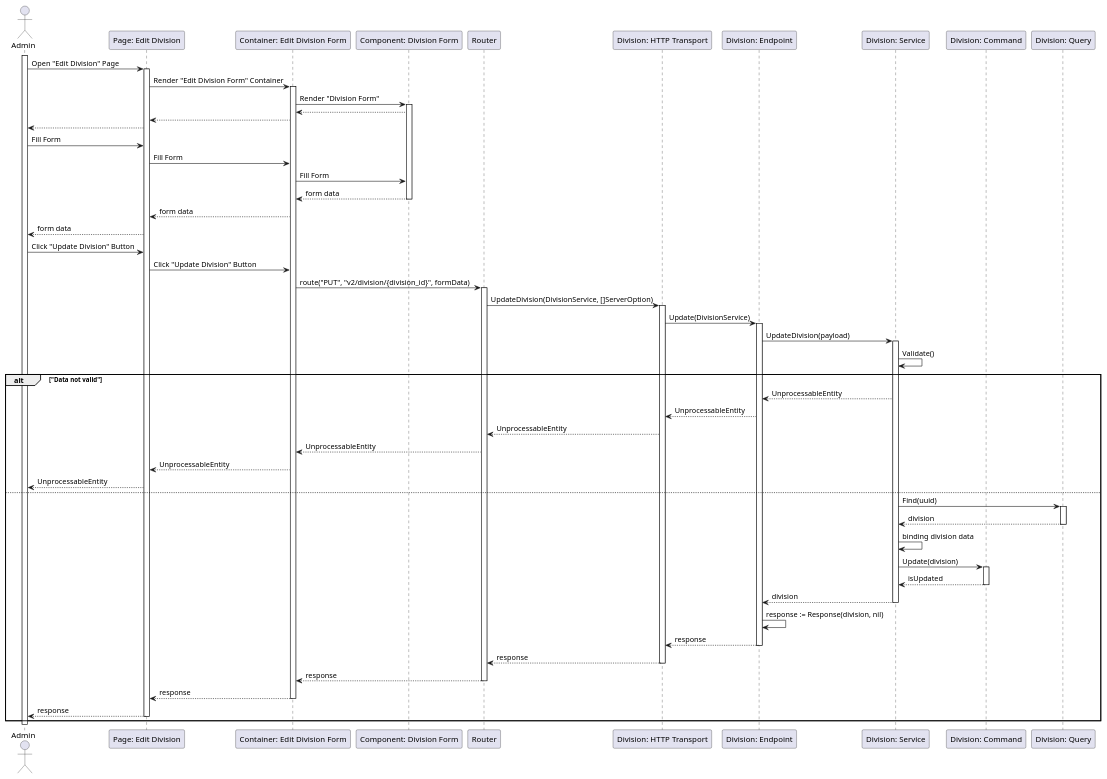
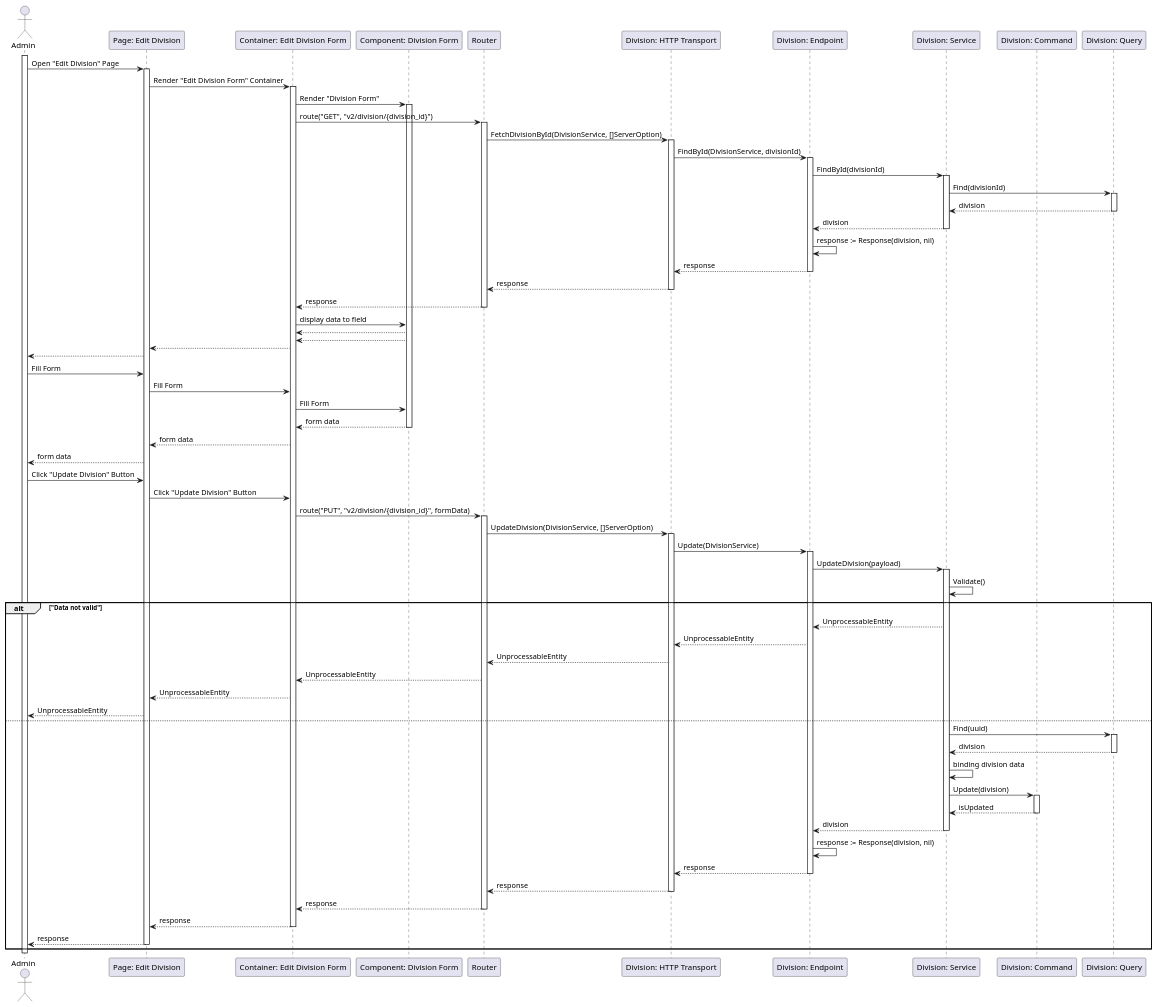
Before and after one commit to fwidjaya20/fazzlearning-uml: the diagram in Sequance/Release01/UpdateDivision.wsd, drawn with PlantUML. The commit also changed 6 other files, not shown here.

```diff
--- a/Sequance/Release01/UpdateDivision.wsd
+++ b/Sequance/Release01/UpdateDivision.wsd
@@ -1,80 +1,103 @@
 @startuml UpdateDivision
 
 actor Admin
 participant "Page: Edit Division" as EditDivisionPage
 participant "Container: Edit Division Form" as EditDivisionFormContainer
 participant "Component: Division Form" as DivisionForm
 participant "Router" as Router
 participant "Division: HTTP Transport" as DivisionHTTPTransport
 participant "Division: Endpoint" as DivisionEndpoint
 participant "Division: Service" as DivisionService
 participant "Division: Command" as DivisionCommand
 participant "Division: Query" as DivisionQuery
 
 activate Admin
 
 Admin->EditDivisionPage: Open "Edit Division" Page
 activate EditDivisionPage
 EditDivisionPage->EditDivisionFormContainer: Render "Edit Division Form" Container
 activate EditDivisionFormContainer
 EditDivisionFormContainer->DivisionForm: Render "Division Form"
 activate DivisionForm
+EditDivisionFormContainer->Router: route("GET", "v2/division/{division_id}")
+activate Router
+Router->DivisionHTTPTransport: FetchDivisionById(DivisionService, []ServerOption)
+activate DivisionHTTPTransport
+DivisionHTTPTransport->DivisionEndpoint: FindById(DivisionService, divisionId)
+activate DivisionEndpoint
+DivisionEndpoint->DivisionService: FindById(divisionId)
+activate DivisionService
+DivisionService->DivisionQuery: Find(divisionId)
+activate DivisionQuery
+DivisionQuery-->DivisionService: division
+deactivate DivisionQuery
+DivisionService-->DivisionEndpoint: division
+deactivate DivisionService
+DivisionEndpoint->DivisionEndpoint: response := Response(division, nil)
+DivisionEndpoint-->DivisionHTTPTransport: response
+deactivate DivisionEndpoint
+DivisionHTTPTransport-->Router: response
+deactivate DivisionHTTPTransport
+Router-->EditDivisionFormContainer: response
+deactivate Router
+EditDivisionFormContainer->DivisionForm: display data to field
+DivisionForm-->EditDivisionFormContainer
 DivisionForm-->EditDivisionFormContainer
 EditDivisionFormContainer-->EditDivisionPage
 EditDivisionPage-->Admin
 
 Admin->EditDivisionPage: Fill Form
 EditDivisionPage->EditDivisionFormContainer: Fill Form
 EditDivisionFormContainer->DivisionForm: Fill Form
 DivisionForm-->EditDivisionFormContainer: form data
 deactivate DivisionForm
 EditDivisionFormContainer-->EditDivisionPage: form data
 EditDivisionPage-->Admin: form data
 
 Admin->EditDivisionPage: Click "Update Division" Button
 EditDivisionPage->EditDivisionFormContainer: Click "Update Division" Button
 EditDivisionFormContainer->Router: route("PUT", "v2/division/{division_id}", formData)
 activate Router
 Router->DivisionHTTPTransport: UpdateDivision(DivisionService, []ServerOption)
 activate DivisionHTTPTransport
 DivisionHTTPTransport->DivisionEndpoint: Update(DivisionService)
 activate DivisionEndpoint
 DivisionEndpoint->DivisionService: UpdateDivision(payload)
 activate DivisionService
 DivisionService->DivisionService: Validate()
 
 alt "Data not valid"
     DivisionService-->DivisionEndpoint: UnprocessableEntity
     DivisionEndpoint-->DivisionHTTPTransport: UnprocessableEntity
     DivisionHTTPTransport-->Router: UnprocessableEntity
     Router-->EditDivisionFormContainer: UnprocessableEntity
     EditDivisionFormContainer-->EditDivisionPage: UnprocessableEntity
     EditDivisionPage-->Admin: UnprocessableEntity
 else
     DivisionService->DivisionQuery: Find(uuid)
     activate DivisionQuery
     DivisionQuery-->DivisionService: division
     deactivate DivisionQuery
     DivisionService->DivisionService: binding division data
     DivisionService->DivisionCommand: Update(division)
     activate DivisionCommand
     DivisionCommand-->DivisionService: isUpdated
     deactivate DivisionCommand
     DivisionService-->DivisionEndpoint: division
     deactivate DivisionService
     DivisionEndpoint->DivisionEndpoint: response := Response(division, nil)
     DivisionEndpoint-->DivisionHTTPTransport: response
     deactivate DivisionEndpoint
     DivisionHTTPTransport-->Router: response
     deactivate DivisionHTTPTransport
     Router-->EditDivisionFormContainer: response
     deactivate Router
     EditDivisionFormContainer-->EditDivisionPage: response
     deactivate EditDivisionFormContainer
     EditDivisionPage-->Admin: response
     deactivate EditDivisionPage
 end
 
 deactivate Admin
 
 @enduml
```
